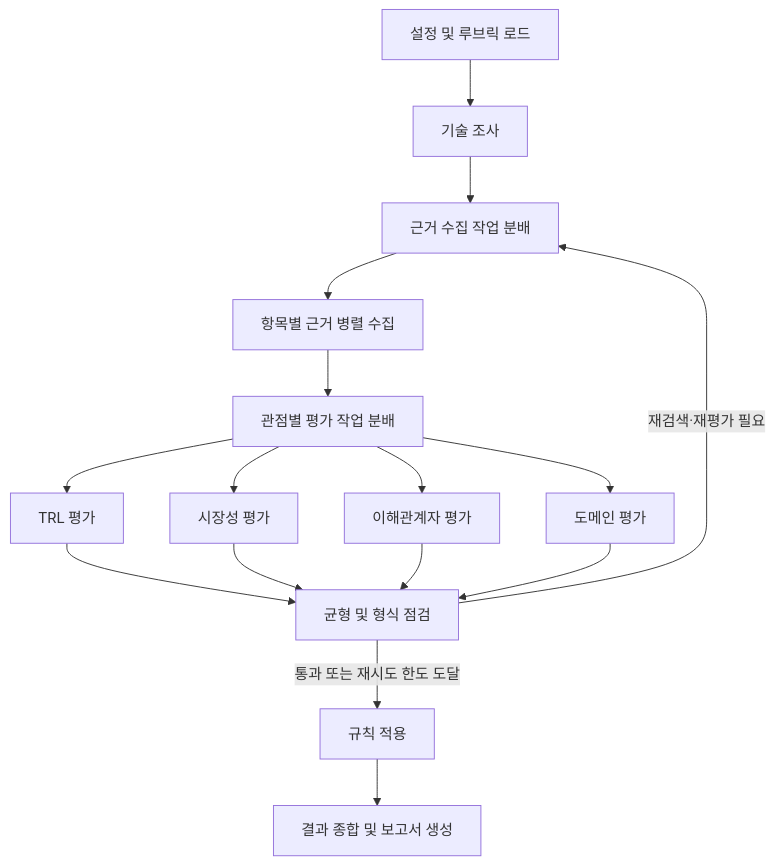
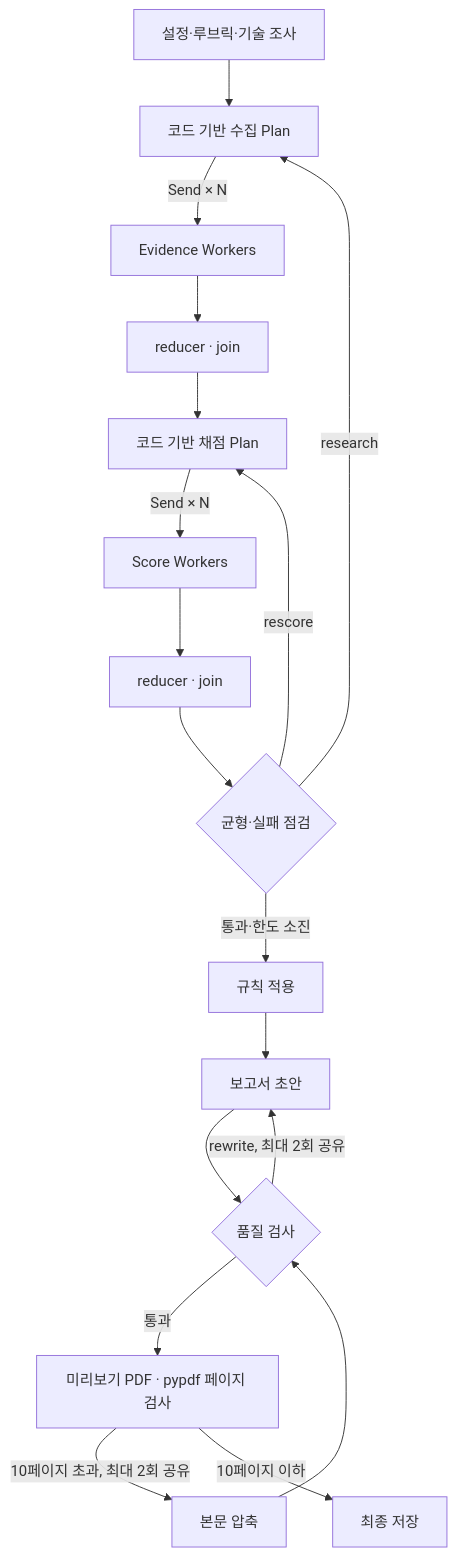
The diagram in README.md (seunghye3760-afk/skala-rag-design-course), drawn with Mermaid before and after one commit. The commit also changed other lines of this file and 10 other files, not shown here.

````diff
--- a/README.md
+++ b/README.md
@@ -64,18 +67,20 @@
 ```mermaid
 flowchart TD
-    A[설정 및 루브릭 로드] --> B[기술 조사]
-    B --> C[근거 수집 작업 분배]
-    C --> D[항목별 근거 병렬 수집]
-    D --> E[관점별 평가 작업 분배]
-    E --> F1[TRL 평가]
-    E --> F2[시장성 평가]
-    E --> F3[이해관계자 평가]
-    E --> F4[도메인 평가]
-    F1 --> G[균형 및 형식 점검]
-    F2 --> G
-    F3 --> G
-    F4 --> G
-    G -->|재검색·재평가 필요| C
-    G -->|통과 또는 재시도 한도 도달| H[규칙 적용]
-    H --> I[결과 종합 및 보고서 생성]
+    A[설정·루브릭·기술 조사] --> P1[코드 기반 수집 Plan]
+    P1 -->|Send × N| W1[Evidence Workers]
+    W1 --> J1[reducer · join]
+    J1 --> P2[코드 기반 채점 Plan]
+    P2 -->|Send × N| W2[Score Workers]
+    W2 --> J2[reducer · join]
+    J2 --> Q{균형·실패 점검}
+    Q -->|research| P1
+    Q -->|rescore| P2
+    Q -->|통과·한도 소진| R[규칙 적용]
+    R --> S[보고서 초안]
+    S --> V{품질 검사}
+    V -->|rewrite, 최대 2회 공유| S
+    V -->|통과| PDF[미리보기 PDF · pypdf 페이지 검사]
+    PDF -->|10페이지 초과, 최대 2회 공유| C[본문 압축]
+    C --> V
+    PDF -->|10페이지 이하| F[최종 저장]
 ```
````
